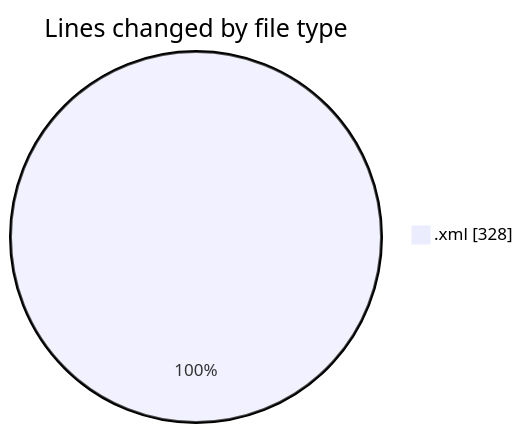
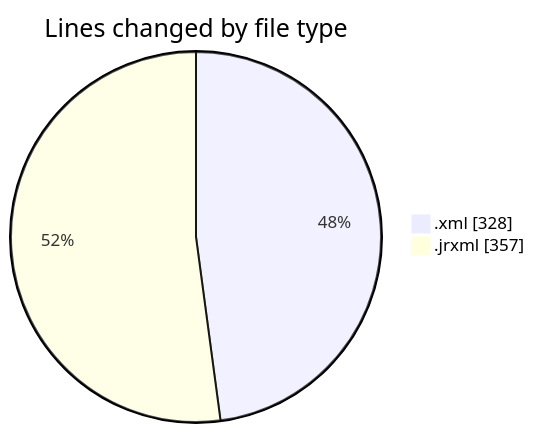
One commit to ricardozamudiocil/code-tracking changed the first of 2 diagrams in 2026-06-29/cilreports/README.md. Above: the diagram before and after it, drawn with Mermaid. The commit also changed other lines of this file and 1 other file, not shown here.

````diff
--- a/2026-06-29/cilreports/README.md
+++ b/2026-06-29/cilreports/README.md
@@ -20,5 +21,6 @@
 ```mermaid
 pie showData
 title Lines changed by file type
 ".xml" : 328
+".jrxml" : 357
 ```
````
